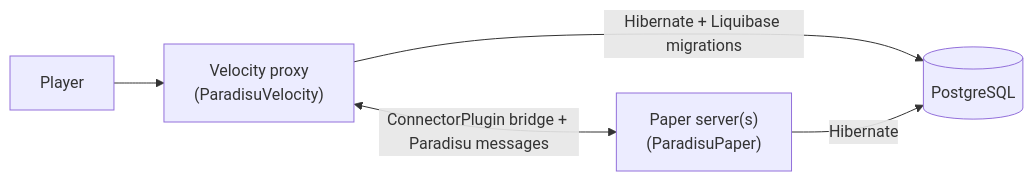
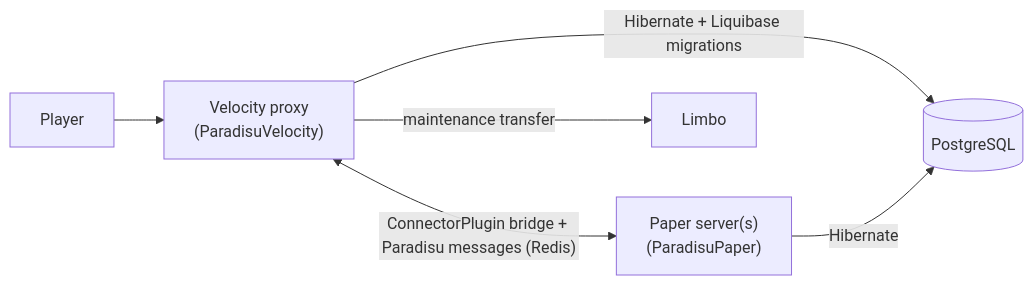
One commit to Paradisu/ParadisuPlugin changed the third of 8 diagrams in CONTRIBUTING.md. Above: the diagram before and after it, drawn with Mermaid. The commit also changed other lines of this file and 13 other files, not shown here.

````diff
--- a/CONTRIBUTING.md
+++ b/CONTRIBUTING.md
@@ -49,7 +74,8 @@
 ```mermaid
 graph LR
     P["Player"] --> V["Velocity proxy<br/>(ParadisuVelocity)"]
-    V <-->|ConnectorPlugin bridge + Paradisu messages| S["Paper server(s)<br/>(ParadisuPaper)"]
-    V -->|Hibernate + Liquibase migrations| DB[("PostgreSQL")]
-    S -->|Hibernate| DB
+    V <-->|"ConnectorPlugin bridge + Paradisu messages (Redis)"| S["Paper server(s)<br/>(ParadisuPaper)"]
+    V -->|"maintenance transfer"| L["Limbo"]
+    V -->|"Hibernate + Liquibase migrations"| DB[("PostgreSQL")]
+    S -->|"Hibernate"| DB
 ```
````
